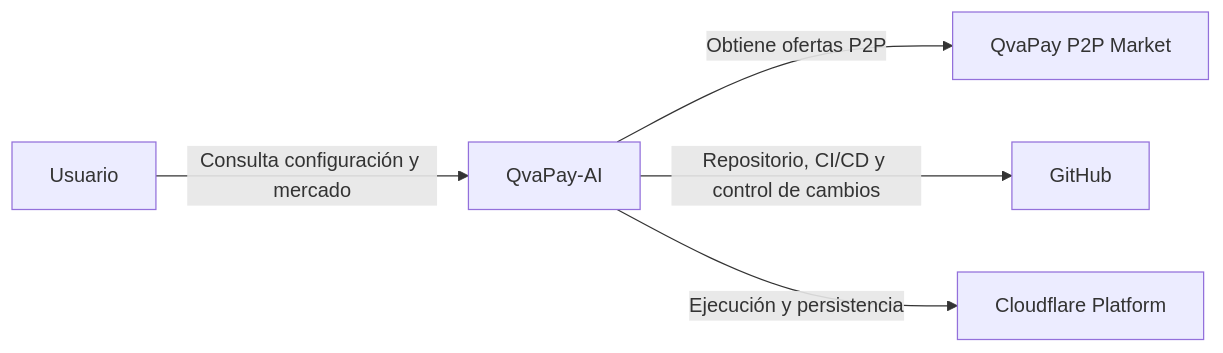
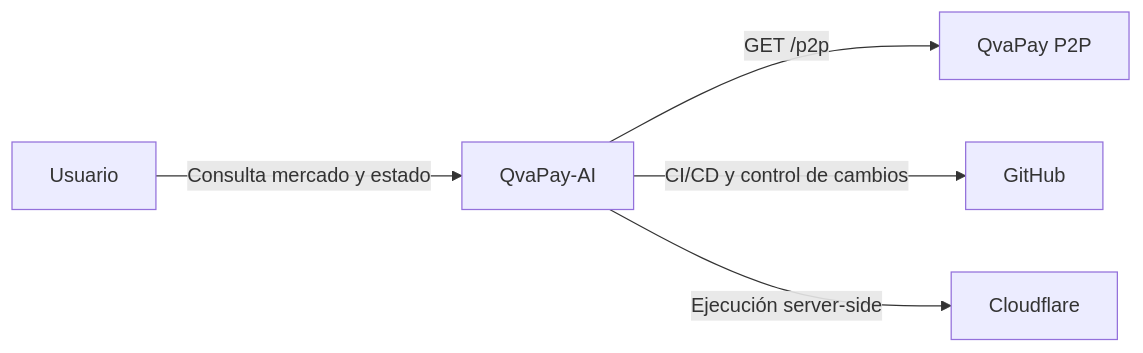
One commit to Osleyder1985/QvaPay-AI changed the diagram in docs/architecture/context-diagram.md. Above: the diagram before and after it, drawn with Mermaid. The commit also changed other lines of this file, not shown here.

Commit message:
docs: align architecture diagrams with runtime

````diff
--- a/docs/architecture/context-diagram.md
+++ b/docs/architecture/context-diagram.md
@@ -5,13 +7,13 @@
 ```mermaid
 flowchart LR
     User[Usuario]
     QAI[QvaPay-AI]
-    QVA[QvaPay P2P Market]
+    QVA[QvaPay P2P]
     GH[GitHub]
-    CF[Cloudflare Platform]
+    CF[Cloudflare]
 
-    User -->|Consulta configuración y mercado| QAI
-    QAI -->|Obtiene ofertas P2P| QVA
-    QAI -->|Repositorio, CI/CD y control de cambios| GH
-    QAI -->|Ejecución y persistencia| CF
+    User -->|Consulta mercado y estado| QAI
+    QAI -->|GET /p2p| QVA
+    QAI -->|CI/CD y control de cambios| GH
+    QAI -->|Ejecución server-side| CF
 ```
````
